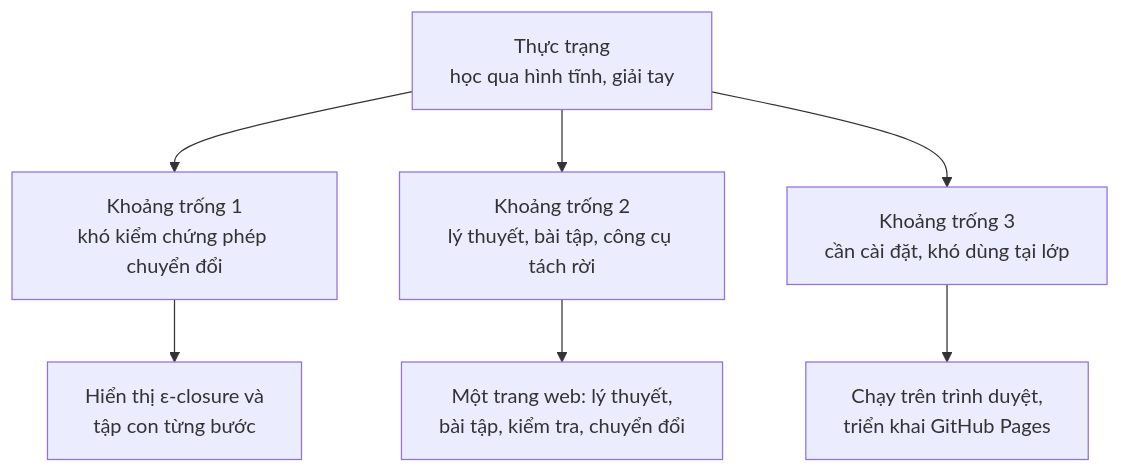
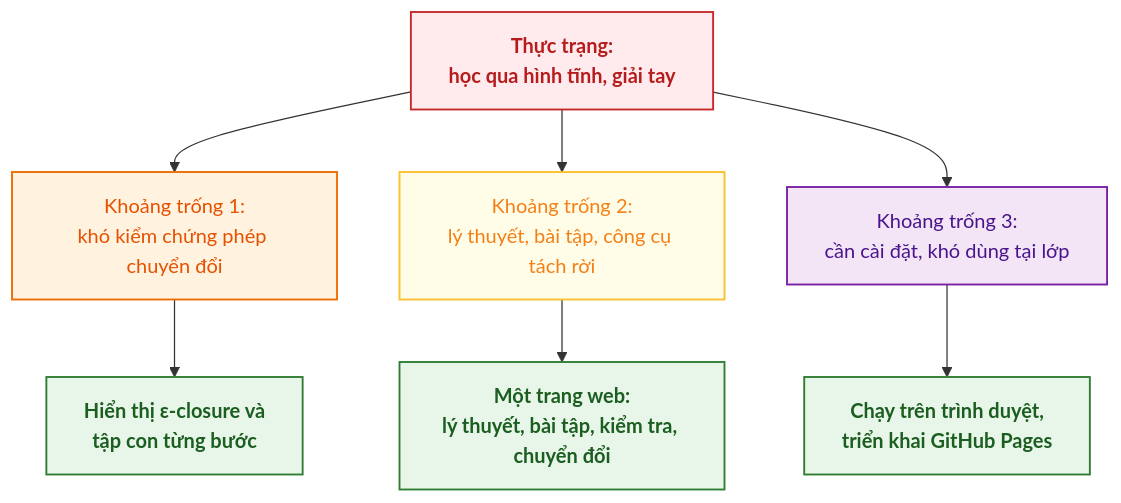
Before and after one commit to huynhthanhphong231004IT/Theoretical_Computer_Science_CT121: the third of 7 diagrams in README.md, drawn with Mermaid. The commit also changed other lines of this file, not shown here.

````diff
--- a/README.md
+++ b/README.md
@@ -107,9 +107,29 @@
 ```mermaid
 flowchart TB
-    P["Thực trạng<br/>học qua hình tĩnh, giải tay"] --> G1["Khoảng trống 1<br/>khó kiểm chứng phép chuyển đổi"]
-    P --> G2["Khoảng trống 2<br/>lý thuyết, bài tập, công cụ tách rời"]
-    P --> G3["Khoảng trống 3<br/>cần cài đặt, khó dùng tại lớp"]
-    G1 --> S1["Hiển thị ε-closure và<br/>tập con từng bước"]
-    G2 --> S2["Một trang web: lý thuyết,<br/>bài tập, kiểm tra, chuyển đổi"]
-    G3 --> S3["Chạy trên trình duyệt,<br/>triển khai GitHub Pages"]
+    %% Định nghĩa phong cách màu sắc chuẩn Academic (Nhiều màu, chuyên nghiệp)
+    classDef problem fill:#FFEBEE,stroke:#C62828,stroke-width:1.5px,color:#B71C1C,font-weight:bold;
+    classDef gap1 fill:#FFF3E0,stroke:#EF6C00,stroke-width:1.5px,color:#E65100;
+    classDef gap2 fill:#FFFDE7,stroke:#FBC02D,stroke-width:1.5px,color:#F57F17;
+    classDef gap3 fill:#F3E5F5,stroke:#7B1FA2,stroke-width:1.5px,color:#4A148C;
+    classDef solution fill:#E8F5E9,stroke:#2E7D32,stroke-width:1.5px,color:#1B5E20,font-weight:bold;
+
+    %% Các nút trong sơ đồ (đã ngắt dòng chủ động tránh xén chữ)
+    P["Thực trạng:<br/>học qua hình tĩnh, giải tay"]:::problem
+    
+    G1["Khoảng trống 1:<br/>khó kiểm chứng phép chuyển đổi"]:::gap1
+    G2["Khoảng trống 2:<br/>lý thuyết, bài tập, công cụ tách rời"]:::gap2
+    G3["Khoảng trống 3:<br/>cần cài đặt, khó dùng tại lớp"]:::gap3
+    
+    S1["Hiển thị ε-closure và<br/>tập con từng bước"]:::solution
+    S2["Một trang web:<br/>lý thuyết, bài tập, kiểm tra, chuyển đổi"]:::solution
+    S3["Chạy trên trình duyệt,<br/>triển khai GitHub Pages"]:::solution
+
+    %% Luồng liên kết
+    P --> G1
+    P --> G2
+    P --> G3
+    
+    G1 --> S1
+    G2 --> S2
+    G3 --> S3
 ```
````
